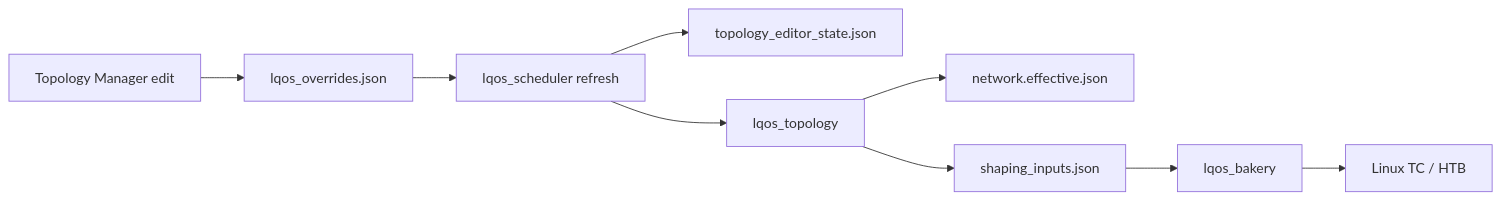
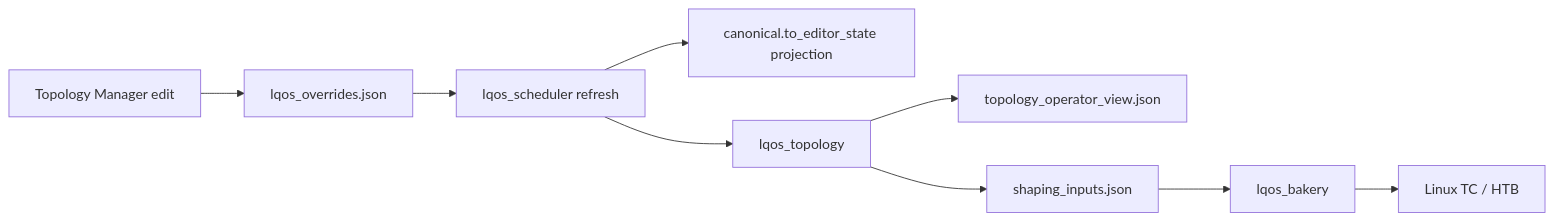
One commit to LibreQoE/LibreQoS changed the fifth of 5 diagrams in docs/v2.0/topology-data-flow.md. Above: the diagram before and after it, drawn with Mermaid. The commit also changed other lines of this file and 738 other files, not shown here.

````diff
--- a/docs/v2.0/topology-data-flow.md
+++ b/docs/v2.0/topology-data-flow.md
@@ -174,11 +175,11 @@
 ```{mermaid}
 flowchart LR
     A[Topology Manager edit] --> B[lqos_overrides.json]
     B --> C[lqos_scheduler refresh]
-    C --> D[topology_editor_state.json]
+    C --> D[canonical.to_editor_state projection]
     C --> E[lqos_topology]
-    E --> F[network.effective.json]
+    E --> F[topology_operator_view.json]
     E --> G[shaping_inputs.json]
     G --> H[lqos_bakery]
     H --> I[Linux TC / HTB]
 ```
````
